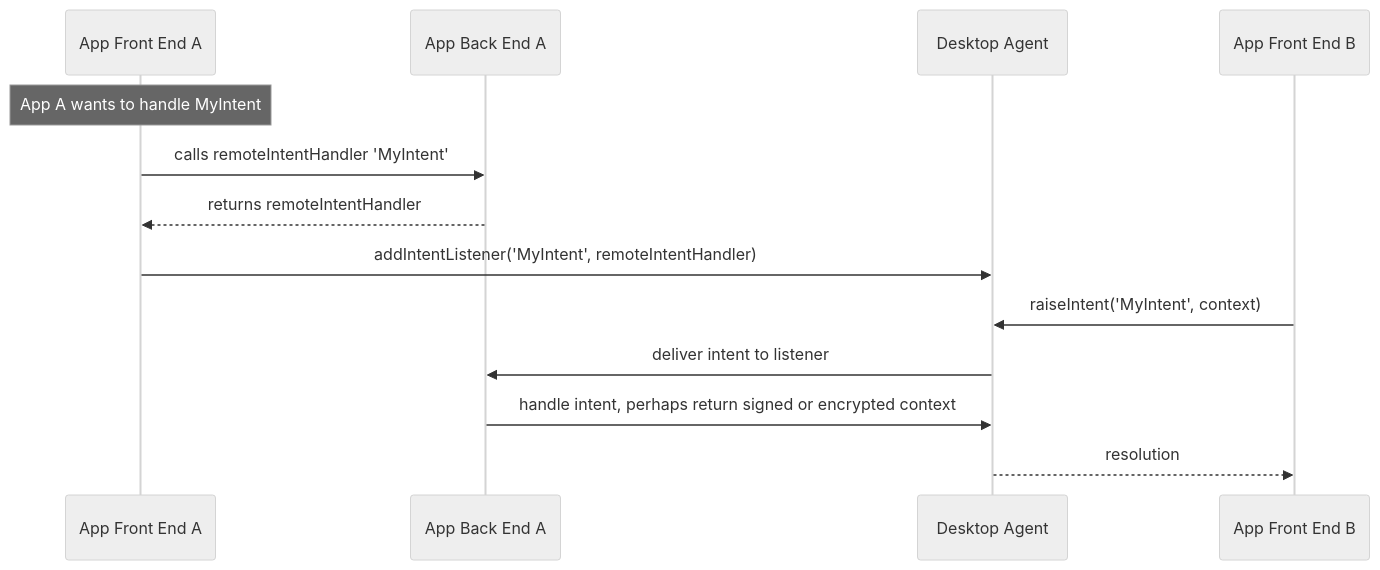
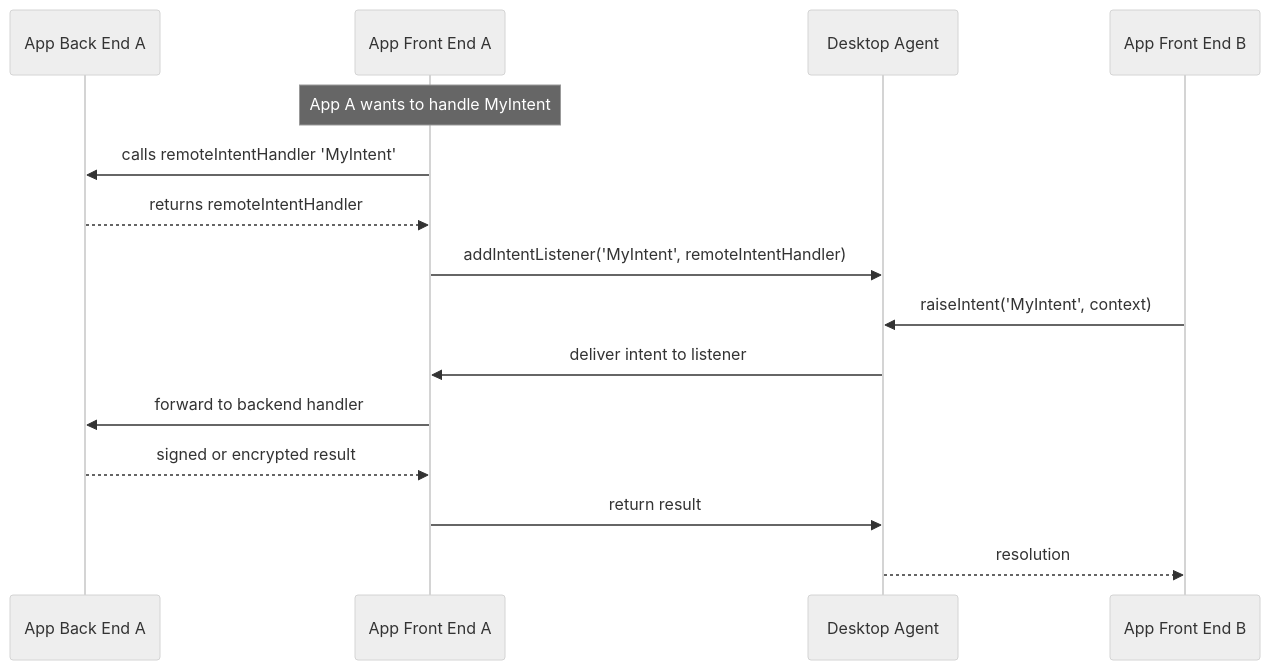
The second of 5 diagrams in website/docs/api/security.md (finos/FDC3), drawn with Mermaid (neutral theme) before and after one commit. The commit also changed other lines of this file and 3 other files, not shown here.

````diff
--- a/website/docs/api/security.md
+++ b/website/docs/api/security.md
@@ -195,15 +191,17 @@
 ```mermaid
 sequenceDiagram
+    participant BEA as App Back End A
     participant FEA as App Front End A
-    participant BEA as App Back End A
     participant DA as Desktop Agent
     participant FEB as App Front End B
-    Note over FEA:  App A wants to handle MyIntent
+    Note over FEA: App A wants to handle MyIntent
     FEA->>BEA: calls remoteIntentHandler 'MyIntent'
     BEA-->>FEA: returns remoteIntentHandler
     FEA->>DA: addIntentListener('MyIntent', remoteIntentHandler)
     FEB->>DA: raiseIntent('MyIntent', context)
-    DA->>BEA: deliver intent to listener
-    BEA->>DA: handle intent, perhaps return signed or encrypted context
+    DA->>FEA: deliver intent to listener
+    FEA->>BEA: forward to backend handler
+    BEA-->>FEA: signed or encrypted result
+    FEA->>DA: return result
     DA-->>FEB: resolution
 ```
````
